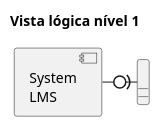
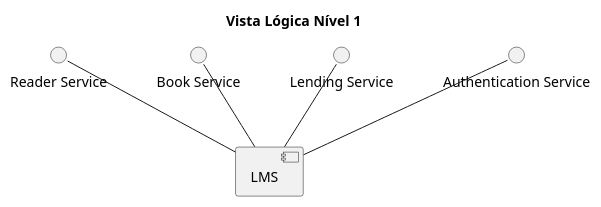
Before and after one commit to Guiigou/SIDIS_2024: the diagram in LibraryAPI/docs/Vista lógica/Nivel1.puml, drawn with PlantUML. The commit also changed 1 other file, not shown here.

Commit message:
Vista logica nivel 1 e vista de processos nivel 1 implementada

```diff
--- a/LibraryAPI/docs/Vista lógica/Nivel1.puml
+++ b/LibraryAPI/docs/Vista lógica/Nivel1.puml
@@ -1,19 +1,23 @@
 @startuml
- 'https://plantuml.com/class-diagram
+' https://plantuml.com/class-diagram
 
-title Vista lógica nível 1
+hide circle
 
- hide circle
- skinparam classAttributeIconSize 0
+title Vista Lógica Nível 1
 
+' Definir o componente principal LMS
+component LMS
 
-component System [
-  System
-  LMS
-]
+' Definir as "bolinhas" externas que representam os microserviços
+interface "Reader Service" as US
+interface "Book Service" as BS
+interface "Lending Service" as LS
+interface "Authentication Service" as AS
 
-
-System -right0)- " "
-
+' Colocar os microserviços em cima do LMS e conectá-los com linhas verticais retas para cima
+US -down- LMS
+BS -down- LMS
+LS -down- LMS
+AS -down- LMS
 
 @enduml
```
